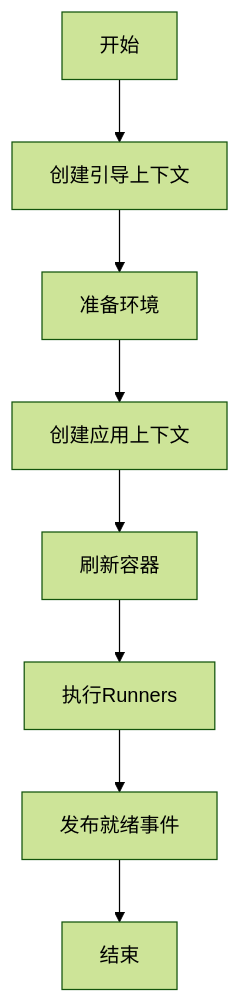
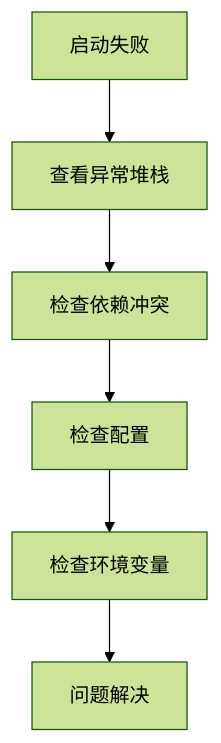
Before and after one commit to lettlehan/hans-blog: the first of 2 diagrams in content/good-work/Spring boot.md, drawn with Mermaid (forest theme). The commit also changed other lines of this file, not shown here.

````diff
--- a/content/good-work/Spring boot.md
+++ b/content/good-work/Spring boot.md
@@ -149,10 +203,8 @@
 ```mermaid
 graph TD
-    A[开始] --> B[创建引导上下文]
-    B --> C[准备环境]
-    C --> D[创建应用上下文]
-    D --> E[刷新容器]
-    E --> F[执行Runners]
-    F --> G[发布就绪事件]
-    G --> H[结束]
+    A[启动失败] --> B[查看异常堆栈]
+    B --> C[检查依赖冲突]
+    C --> D[检查配置]
+    D --> E[检查环境变量]
+    E --> F[问题解决]
 ```
````
